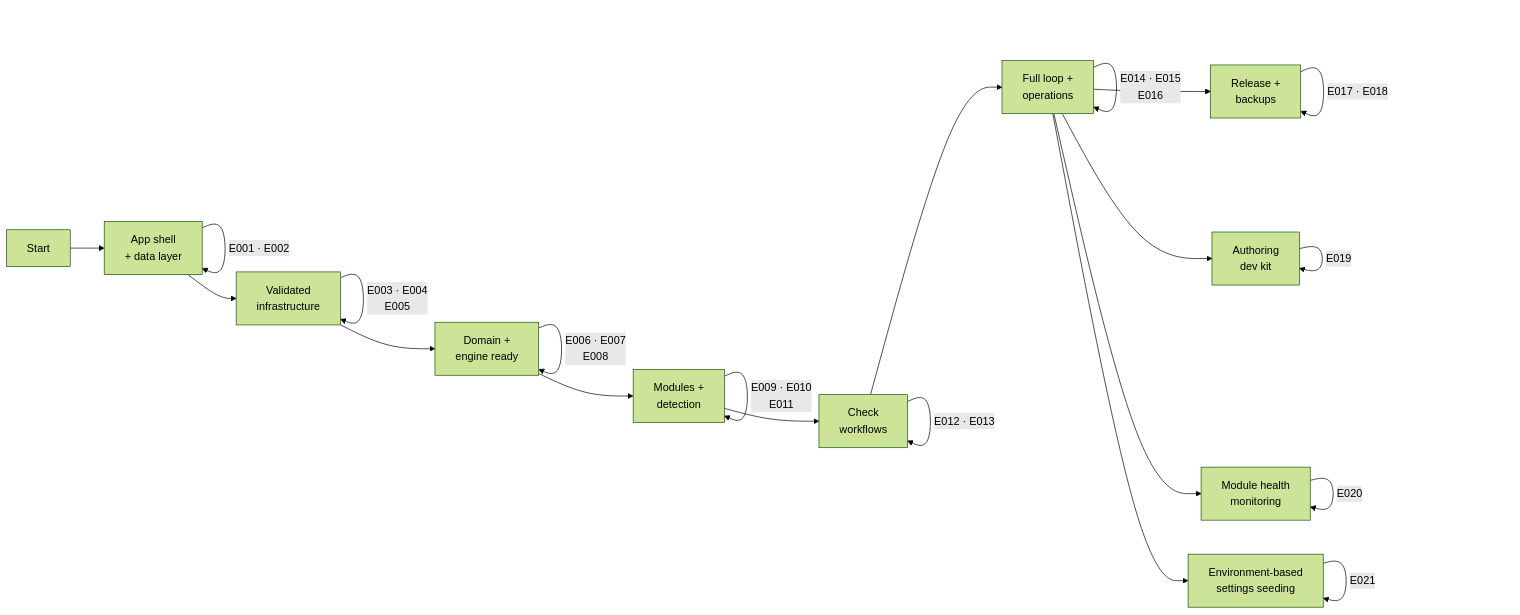
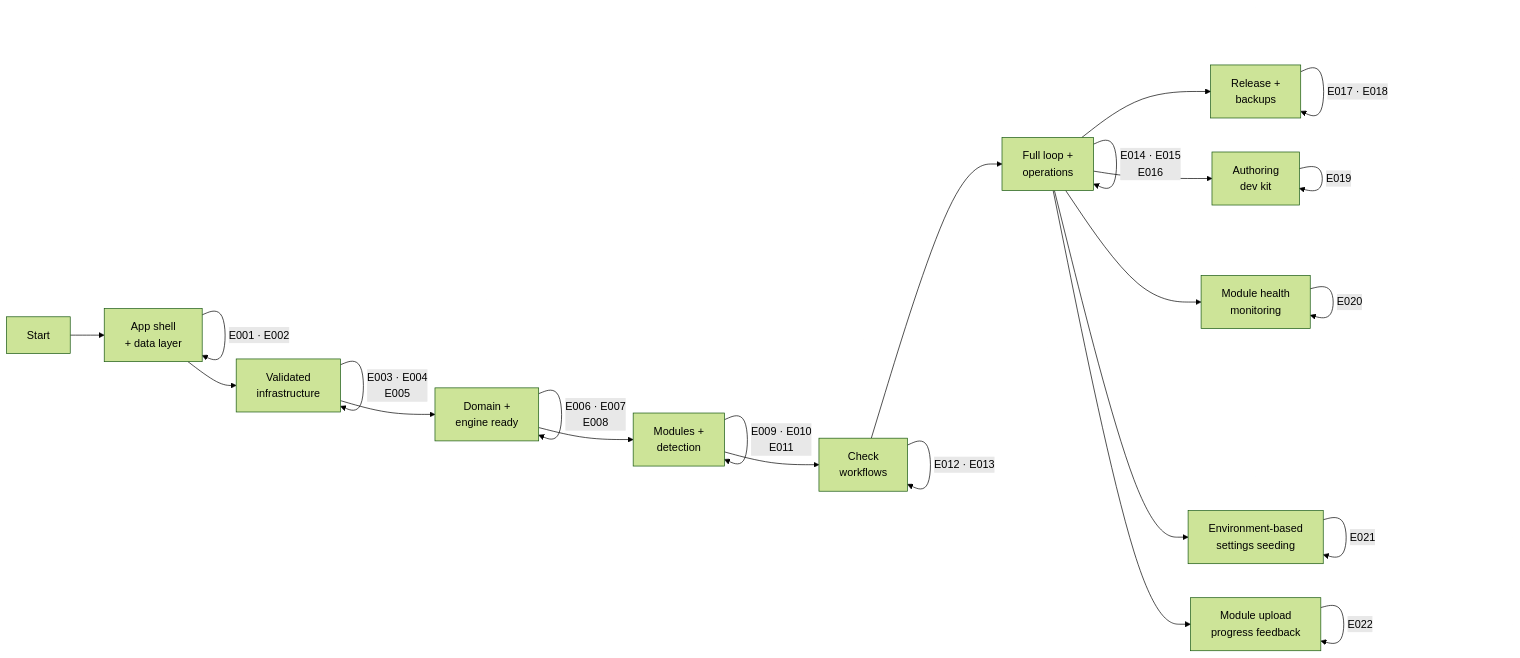
Before and after one commit to attilaszasz/Binocular: the diagram in specs/project-plan.md, drawn with Mermaid (forest theme). The commit also changed other lines of this file and 4 other files, not shown here.

````diff
--- a/specs/project-plan.md
+++ b/specs/project-plan.md
@@ -92,32 +98,35 @@
 ```mermaid
 graph LR
     START["Start"] --> M1["App shell<br>+ data layer"]
     M1 -->|"E001 · E002"| M1
 
     M1 --> M2["Validated<br>infrastructure"]
     M2 -->|"E003 · E004<br>E005"| M2
 
     M2 --> M3["Domain +<br>engine ready"]
     M3 -->|"E006 · E007<br>E008"| M3
 
     M3 --> M4["Modules +<br>detection"]
     M4 -->|"E009 · E010<br>E011"| M4
 
     M4 --> M5["Check<br>workflows"]
     M5 -->|"E012 · E013"| M5
 
     M5 --> M6["Full loop +<br>operations"]
     M6 -->|"E014 · E015<br>E016"| M6
 
     M6 --> M7["Release +<br>backups"]
     M7 -->|"E017 · E018"| M7
 
     M6 --> M8["Authoring<br>dev kit"]
     M8 -->|"E019"| M8
 
     M6 --> M9["Module health<br>monitoring"]
     M9 -->|"E020"| M9
 
     M6 --> M10["Environment-based<br>settings seeding"]
     M10 -->|"E021"| M10
+
+    M6 --> M11["Module upload<br>progress feedback"]
+    M11 -->|"E022"| M11
 ```
````
